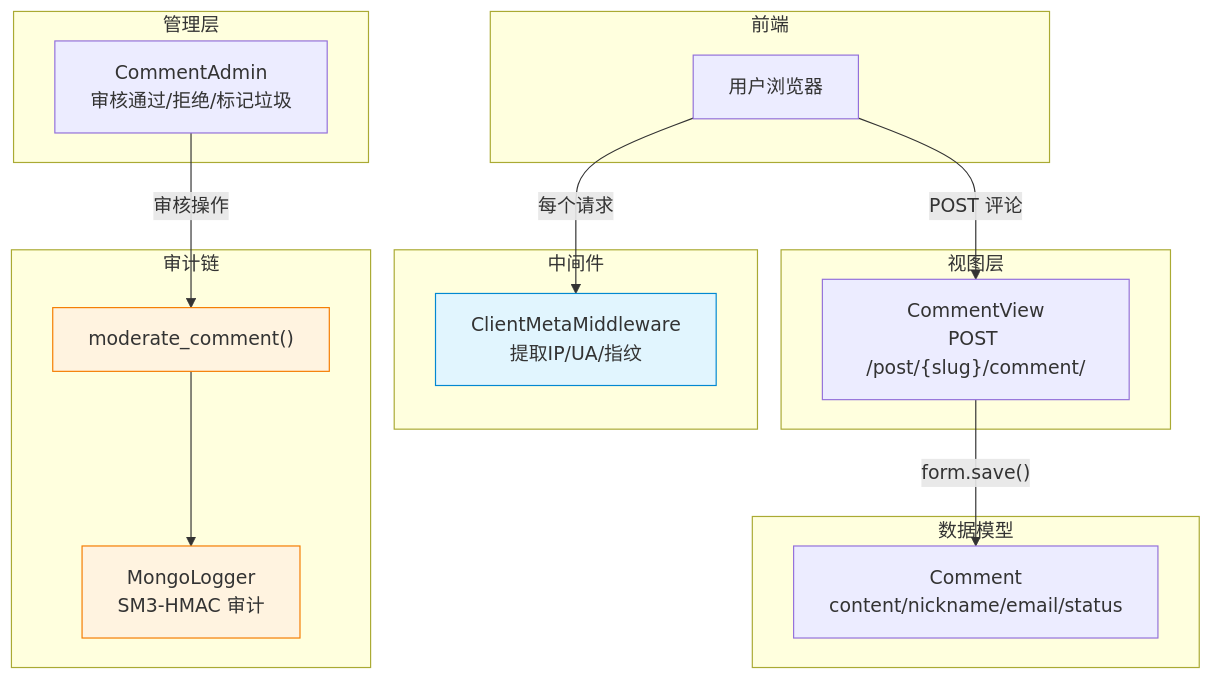
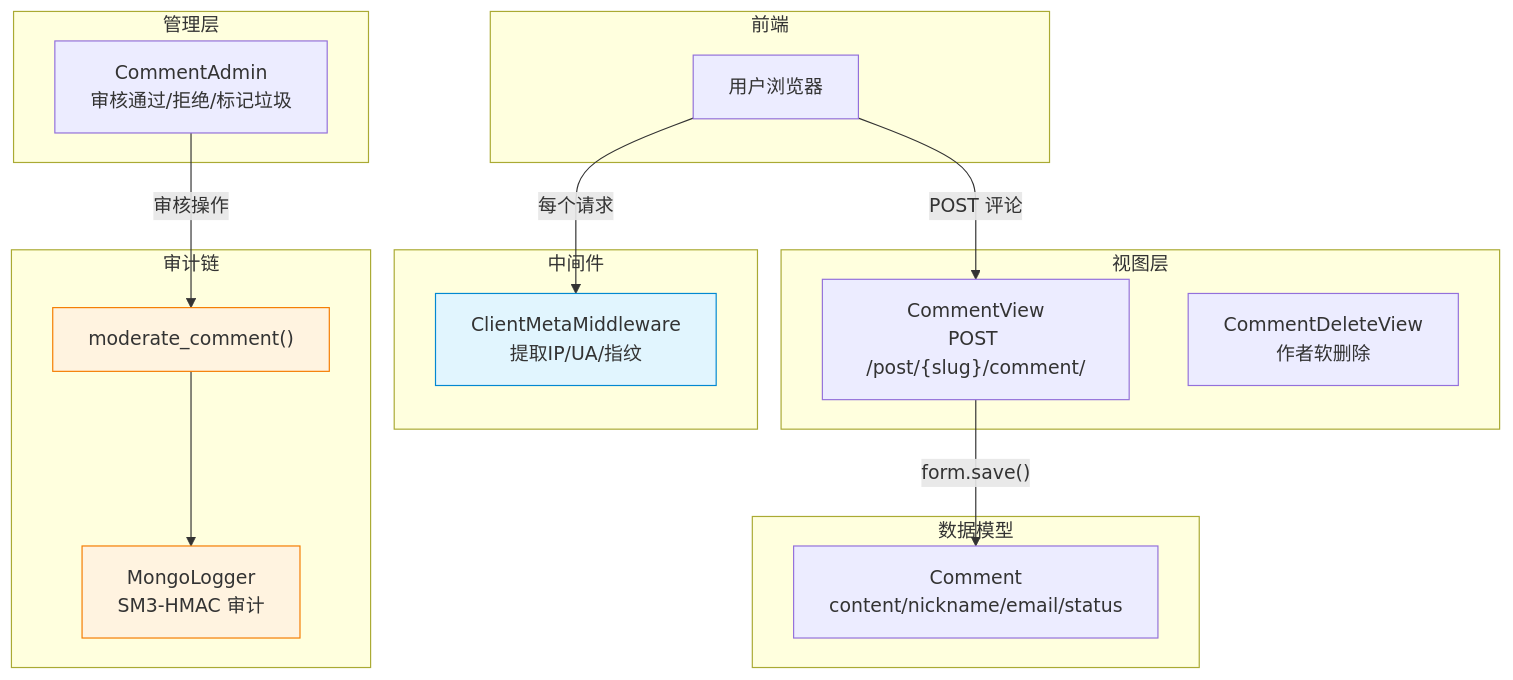
Before and after one commit to se-veN714/PowerAdapterBlogs: the first of 7 diagrams in comment/DEVELOPMENT.md, drawn with Mermaid. The commit also changed other lines of this file and 47 other files, not shown here.

````diff
--- a/comment/DEVELOPMENT.md
+++ b/comment/DEVELOPMENT.md
@@ -21,37 +22,38 @@
 ```mermaid
 flowchart TD
     subgraph frontend["前端"]
         USER["用户浏览器"]
     end
 
     subgraph middleware["中间件"]
         CMM["ClientMetaMiddleware<br/>提取IP/UA/指纹"]
     end
 
     subgraph views["视图层"]
         CV["CommentView<br/>POST /post/{slug}/comment/"]
+        CDV["CommentDeleteView<br/>作者软删除"]
     end
 
     subgraph models["数据模型"]
         CM["Comment<br/>content/nickname/email/status"]
     end
 
     subgraph admin["管理层"]
         CA["CommentAdmin<br/>审核通过/拒绝/标记垃圾"]
     end
 
     subgraph security["审计链"]
         MOD["moderate_comment()"]
         ML["MongoLogger<br/>SM3-HMAC 审计"]
     end
 
     USER -->|"每个请求"| CMM
     USER -->|"POST 评论"| CV
     CV -->|"form.save()"| CM
     CA -->|"审核操作"| MOD
     MOD --> ML
 
     style CMM fill:#e1f5fe,stroke:#0288d1
     style MOD fill:#fff3e0,stroke:#f57c00
     style ML fill:#fff3e0,stroke:#f57c00
 ```
````
